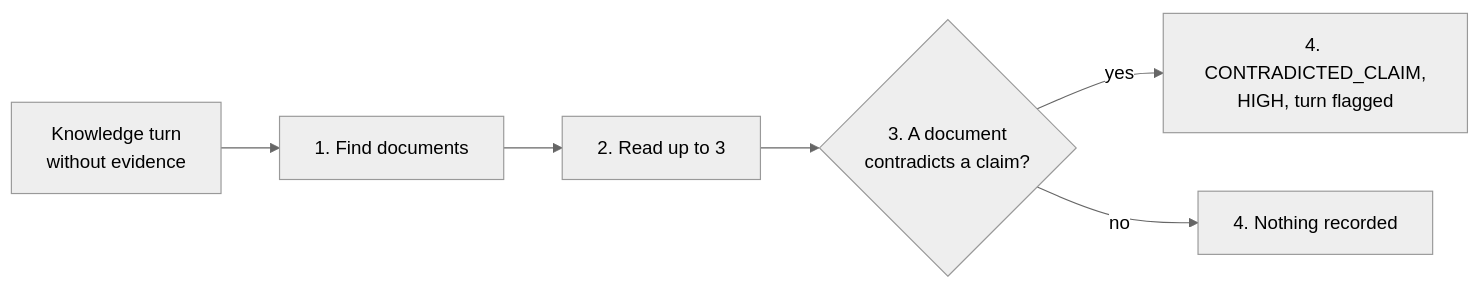
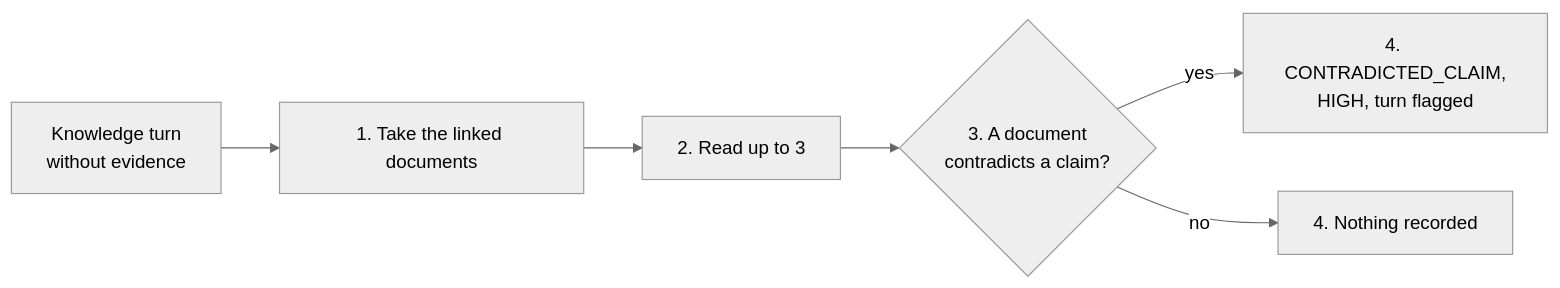
One commit to pborkowski-rtbh/conversation-analyzer changed the sixth of 19 diagrams in design-doc.md. Above: the diagram before and after it, drawn with Mermaid (neutral theme). The commit also changed other lines of this file and 1 other file, not shown here.

````diff
--- a/design-doc.md
+++ b/design-doc.md
@@ -554,8 +554,8 @@
 ```mermaid
 flowchart LR
-    A["Knowledge turn<br/>without evidence"] --> B["1. Find documents"]
+    A["Knowledge turn<br/>without evidence"] --> B["1. Take the linked documents"]
     B --> C["2. Read up to 3"]
     C --> D{"3. A document<br/>contradicts a claim?"}
     D -->|"yes"| E["4. CONTRADICTED_CLAIM,<br/>HIGH, turn flagged"]
     D -->|"no"| F["4. Nothing recorded"]
 ```
````
